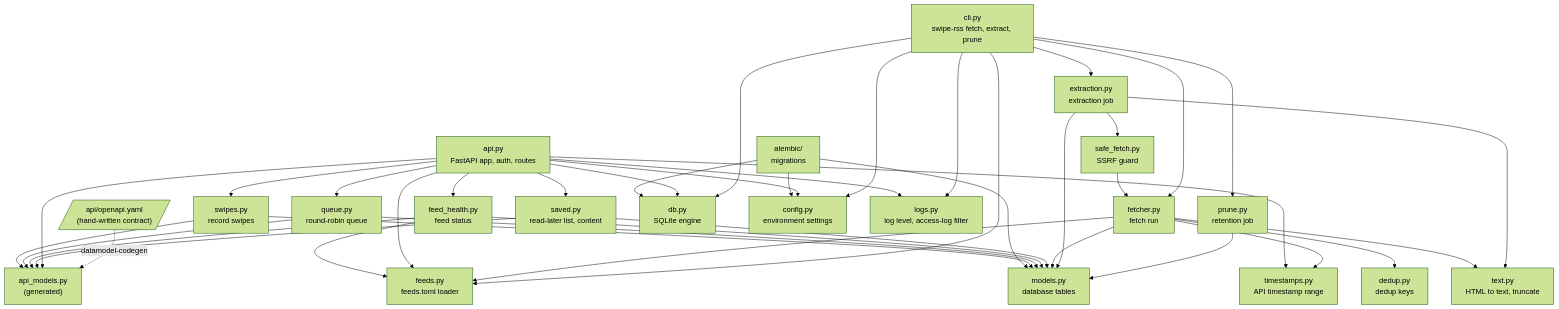
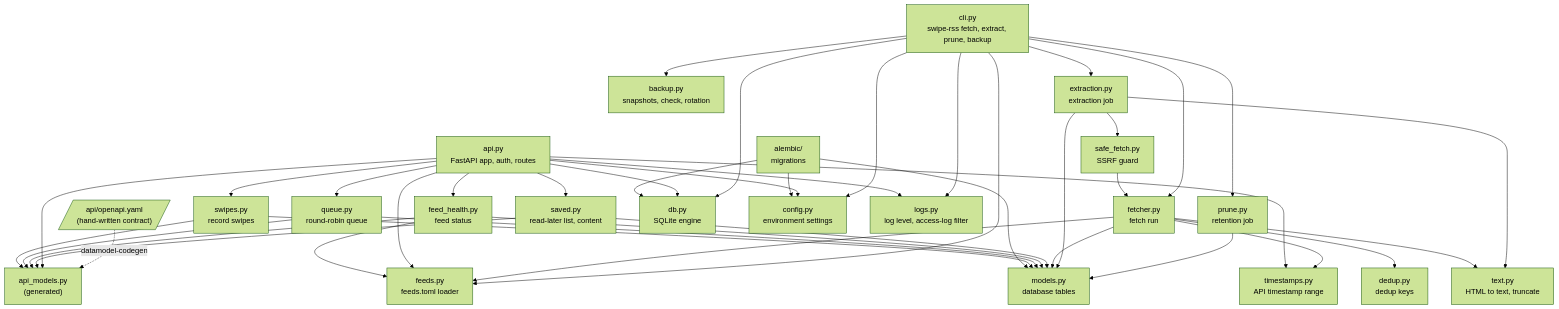
Before and after one commit to shanirub/swipe-rss-reader: the second of 18 diagrams in docs/architecture.md, drawn with Mermaid (forest theme). The commit also changed other lines of this file and 15 other files, not shown here.

````diff
--- a/docs/architecture.md
+++ b/docs/architecture.md
@@ -55,37 +57,38 @@
 ```mermaid
 flowchart TD
     spec[/"api/openapi.yaml<br/>(hand-written contract)"/]
-    cli["cli.py<br/>swipe-rss fetch, extract, prune"]
+    cli["cli.py<br/>swipe-rss fetch, extract, prune, backup"]
+    backup["backup.py<br/>snapshots, check, rotation"]
     prune["prune.py<br/>retention job"]
     fetcher["fetcher.py<br/>fetch run"]
     feeds["feeds.py<br/>feeds.toml loader"]
     dedup["dedup.py<br/>dedup keys"]
     text["text.py<br/>HTML to text, truncate"]
     api["api.py<br/>FastAPI app, auth, routes"]
     queue["queue.py<br/>round-robin queue"]
     swipes["swipes.py<br/>record swipes"]
     saved["saved.py<br/>read-later list, content"]
     health["feed_health.py<br/>feed status"]
     extraction["extraction.py<br/>extraction job"]
     safe["safe_fetch.py<br/>SSRF guard"]
     api_models["api_models.py<br/>(generated)"]
     models["models.py<br/>database tables"]
     db["db.py<br/>SQLite engine"]
     config["config.py<br/>environment settings"]
     logs["logs.py<br/>log level, access-log filter"]
     stamps["timestamps.py<br/>API timestamp range"]
     alembic["alembic/<br/>migrations"]
 
     spec -. "datamodel-codegen" .-> api_models
-    cli --> config & db & feeds & fetcher & extraction & prune & logs
+    cli --> config & db & feeds & fetcher & extraction & prune & backup & logs
     prune --> models
     extraction --> safe & models & text
     safe --> fetcher
     fetcher --> feeds & dedup & text & models & stamps
     api --> config & db & feeds & queue & swipes & saved & health & api_models & logs & stamps
     saved --> api_models & models
     health --> api_models & feeds & models
     queue --> api_models & models
     swipes --> api_models & models
     alembic --> config & db & models
 ```
````
